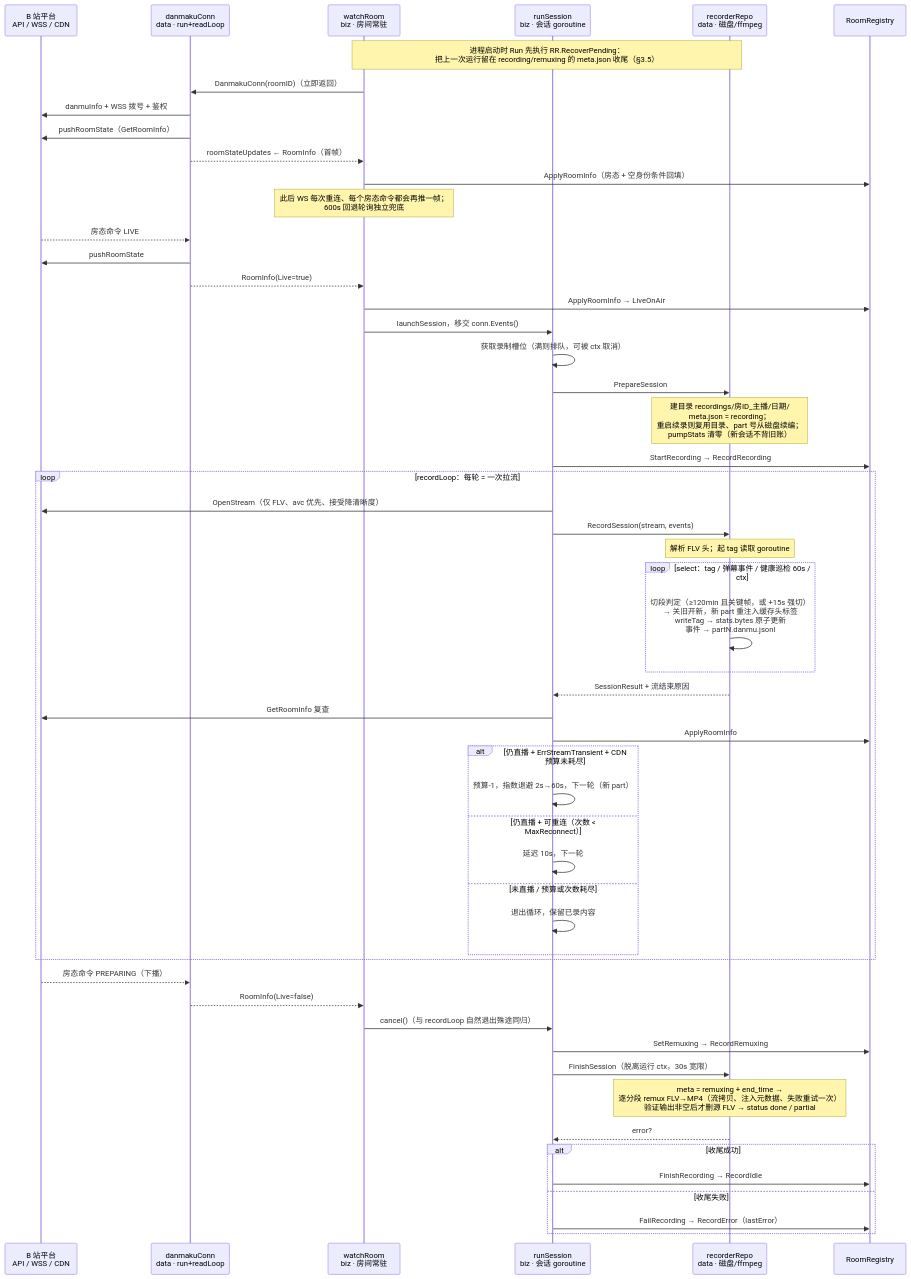
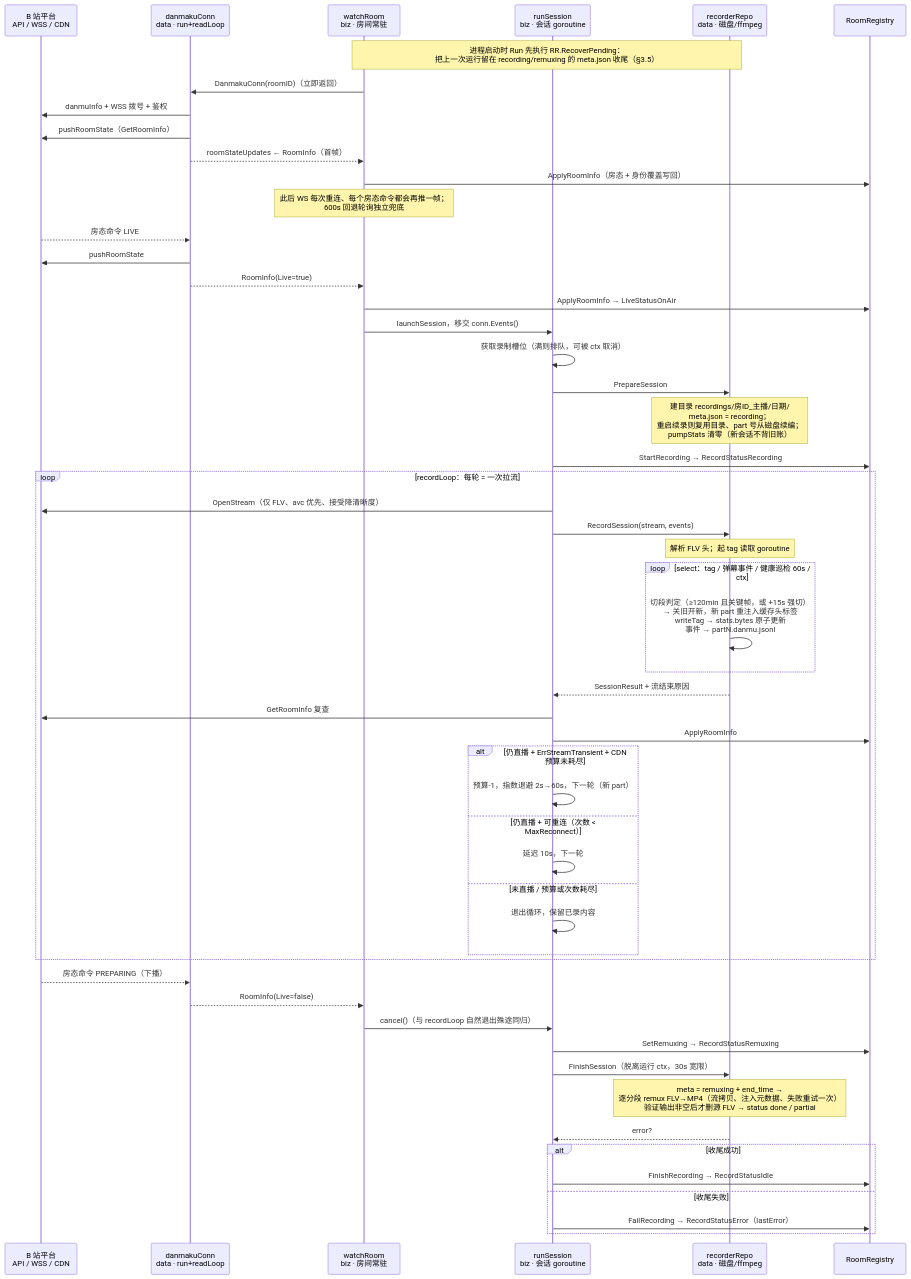
The third of 8 diagrams in docs/design/ddd-domain-model.md (xgbt/suika), drawn with Mermaid before and after one commit. The commit also changed other lines of this file and 7 other files, not shown here.

First line of the commit message:
refactor: rename LiveState and RecordState to LiveStatus and RecordStatus for clarity

````diff
--- a/docs/design/ddd-domain-model.md
+++ b/docs/design/ddd-domain-model.md
@@ -372,61 +370,61 @@
 ```mermaid
 sequenceDiagram
   participant P as B 站平台<br/>API / WSS / CDN
   participant DC as danmakuConn<br/>data · run+readLoop
   participant WR as watchRoom<br/>biz · 房间常驻
   participant RS as runSession<br/>biz · 会话 goroutine
   participant RR as recorderRepo<br/>data · 磁盘/ffmpeg
   participant RG as RoomRegistry
 
   note over WR,RR: 进程启动时 Run 先执行 RR.RecoverPending：<br/>把上一次运行留在 recording/remuxing 的 meta.json 收尾（§3.5）
 
   WR->>DC: DanmakuConn(roomID)（立即返回）
   DC->>P: danmuInfo + WSS 拨号 + 鉴权
   DC->>P: pushRoomState（GetRoomInfo）
   DC-->>WR: roomStateUpdates ← RoomInfo（首帧）
-  WR->>RG: ApplyRoomInfo（房态 + 空身份条件回填）
+  WR->>RG: ApplyRoomInfo（房态 + 身份覆盖写回）
   note over WR: 此后 WS 每次重连、每个房态命令都会再推一帧；<br/>600s 回退轮询独立兜底
 
   P-->>DC: 房态命令 LIVE
   DC->>P: pushRoomState
   DC-->>WR: RoomInfo(Live=true)
-  WR->>RG: ApplyRoomInfo → LiveOnAir
+  WR->>RG: ApplyRoomInfo → LiveStatusOnAir
   WR->>RS: launchSession，移交 conn.Events()
 
   RS->>RS: 获取录制槽位（满则排队，可被 ctx 取消）
   RS->>RR: PrepareSession
   note over RR: 建目录 recordings/房ID_主播/日期/<br/>meta.json = recording；<br/>重启续录则复用目录、part 号从磁盘续编；<br/>pumpStats 清零（新会话不背旧账）
-  RS->>RG: StartRecording → RecordRecording
+  RS->>RG: StartRecording → RecordStatusRecording
 
   loop recordLoop：每轮 = 一次拉流
     RS->>P: OpenStream（仅 FLV、avc 优先、接受降清晰度）
     RS->>RR: RecordSession(stream, events)
     note over RR: 解析 FLV 头；起 tag 读取 goroutine
     loop select：tag / 弹幕事件 / 健康巡检 60s / ctx
       RR->>RR: 切段判定（≥120min 且关键帧，或 +15s 强切）<br/>→ 关旧开新，新 part 重注入缓存头标签<br/>writeTag → stats.bytes 原子更新<br/>事件 → partN.danmu.jsonl
     end
     RR-->>RS: SessionResult + 流结束原因
     RS->>P: GetRoomInfo 复查
     RS->>RG: ApplyRoomInfo
     alt 仍直播 + ErrStreamTransient + CDN 预算未耗尽
       RS->>RS: 预算-1，指数退避 2s→60s，下一轮（新 part）
     else 仍直播 + 可重连（次数 < MaxReconnect）
       RS->>RS: 延迟 10s，下一轮
     else 未直播 / 预算或次数耗尽
       RS->>RS: 退出循环，保留已录内容
     end
   end
 
   P-->>DC: 房态命令 PREPARING（下播）
   DC-->>WR: RoomInfo(Live=false)
   WR->>RS: cancel()（与 recordLoop 自然退出殊途同归）
-  RS->>RG: SetRemuxing → RecordRemuxing
+  RS->>RG: SetRemuxing → RecordStatusRemuxing
   RS->>RR: FinishSession（脱离运行 ctx，30s 宽限）
   note over RR: meta = remuxing + end_time →<br/>逐分段 remux FLV→MP4（流拷贝、注入元数据、失败重试一次）<br/>验证输出非空后才删源 FLV → status done / partial
   RR-->>RS: error?
   alt 收尾成功
-    RS->>RG: FinishRecording → RecordIdle
+    RS->>RG: FinishRecording → RecordStatusIdle
   else 收尾失败
-    RS->>RG: FailRecording → RecordError（lastError）
+    RS->>RG: FailRecording → RecordStatusError（lastError）
   end
 ```
````
